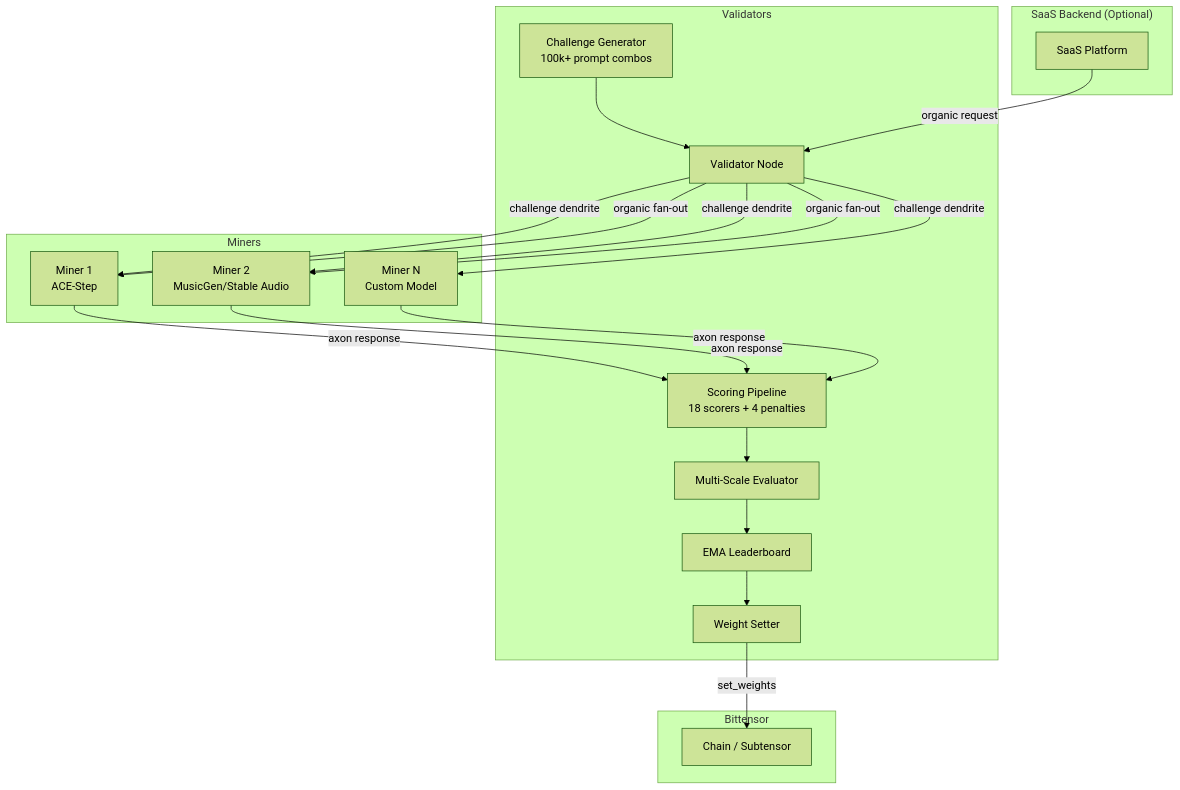
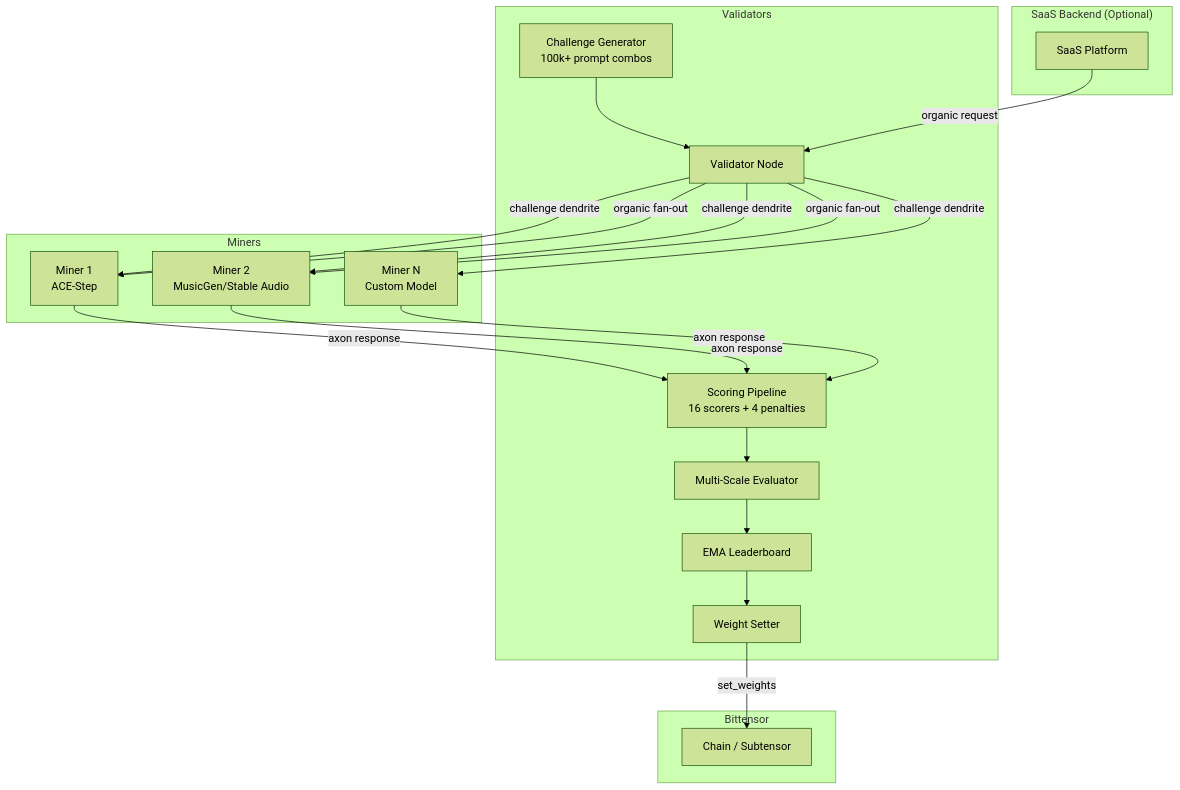
Before and after one commit to borgg-dev/tuneforge: the first of 2 diagrams in README.md, drawn with Mermaid (forest theme). The commit also changed other lines of this file and 3 other files, not shown here.

````diff
--- a/README.md
+++ b/README.md
@@ -36,41 +36,41 @@
 ```mermaid
 graph TB
     subgraph Validators
         V[Validator Node]
         CG[Challenge Generator<br/>100k+ prompt combos]
-        SC[Scoring Pipeline<br/>18 scorers + 4 penalties]
+        SC[Scoring Pipeline<br/>16 scorers + 4 penalties]
         MS[Multi-Scale Evaluator]
         LB[EMA Leaderboard]
         WS[Weight Setter]
     end
 
     subgraph Miners
         M1[Miner 1<br/>ACE-Step]
         M2[Miner 2<br/>MusicGen/Stable Audio]
         M3[Miner N<br/>Custom Model]
     end
 
     subgraph "SaaS Backend (Optional)"
         API[SaaS Platform]
     end
 
     subgraph Bittensor
         CH[Chain / Subtensor]
     end
 
     V -->|challenge dendrite| M1
     V -->|challenge dendrite| M2
     V -->|challenge dendrite| M3
     M1 -->|axon response| SC
     M2 -->|axon response| SC
     M3 -->|axon response| SC
     CG --> V
     SC --> MS
     MS --> LB
     LB --> WS
     WS -->|set_weights| CH
 
     API -->|organic request| V
     V -->|organic fan-out| M1
     V -->|organic fan-out| M2
 ```
````
